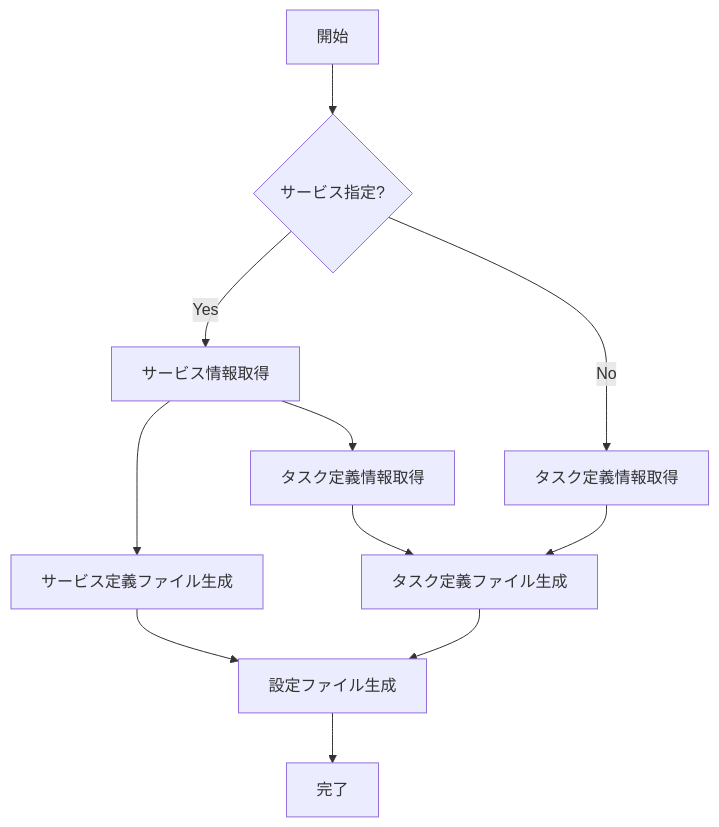
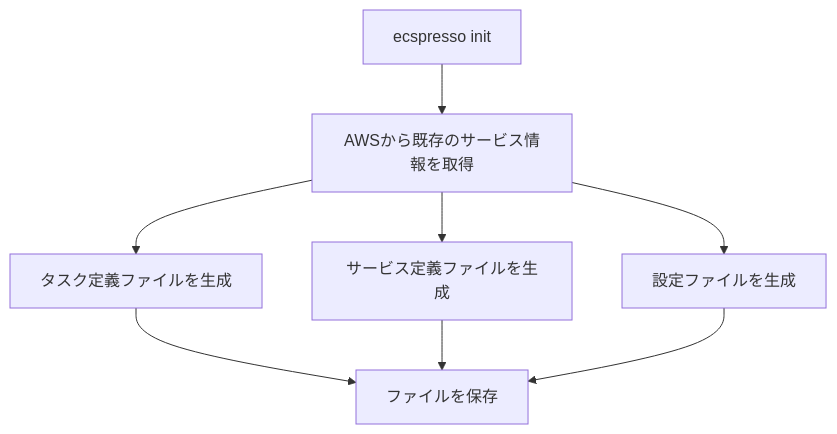
Before and after one commit to bufferings/devin-docs: the diagram in ecspresso/commands/init.md, drawn with Mermaid. The commit also changed other lines of this file and 29 other files, not shown here.

````diff
--- a/ecspresso/commands/init.md
+++ b/ecspresso/commands/init.md
@@ -72,13 +87,10 @@
 ```mermaid
 graph TD
-    A[開始] --> B{サービス指定?}
-    B -->|Yes| C[サービス情報取得]
-    B -->|No| D[タスク定義情報取得]
-    C --> E[サービス定義ファイル生成]
-    C --> F[タスク定義情報取得]
-    D --> G[タスク定義ファイル生成]
-    F --> G
-    E --> H[設定ファイル生成]
-    G --> H
-    H --> I[完了]
+    A[ecspresso init] --> B[AWSから既存のサービス情報を取得]
+    B --> C[タスク定義ファイルを生成]
+    B --> D[サービス定義ファイルを生成]
+    B --> E[設定ファイルを生成]
+    C --> F[ファイルを保存]
+    D --> F
+    E --> F
 ```
````
